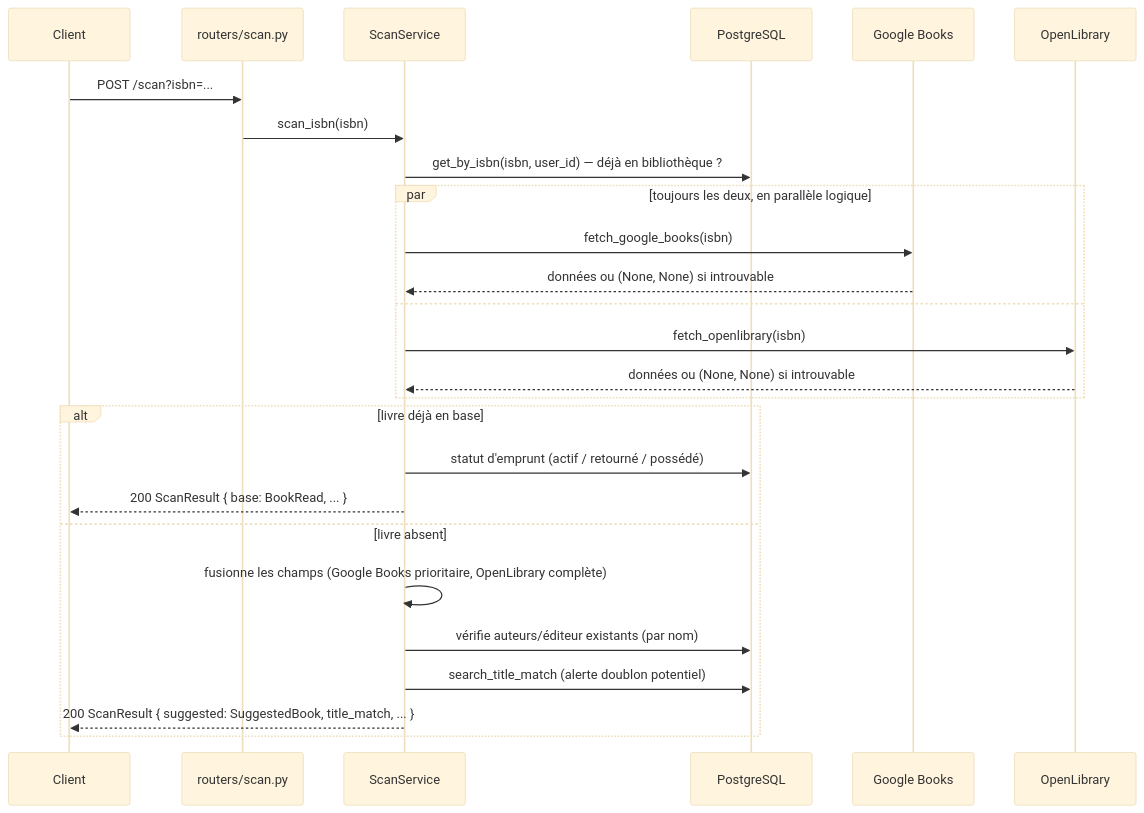
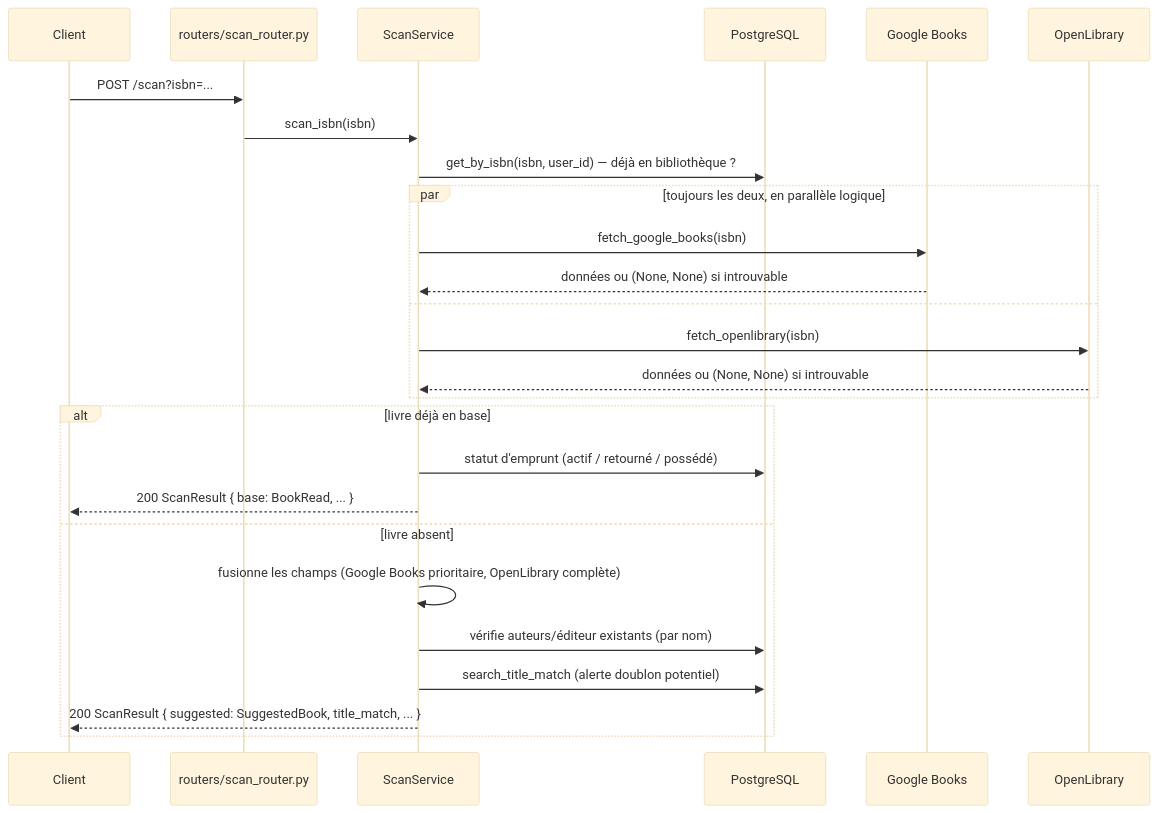
Before and after one commit to llCelmarll/Bibliotheque2: the fourth of 4 diagrams in docs/ARCHITECTURE.md, drawn with Mermaid (base theme). The commit also changed other lines of this file and 171 other files, not shown here.

First line of the commit message:
refactor(backend): suffixer les fichiers models/routers/schemas par couche

````diff
--- a/docs/ARCHITECTURE.md
+++ b/docs/ARCHITECTURE.md
@@ -132,31 +132,31 @@
 ```mermaid
 sequenceDiagram
     participant C as Client
-    participant R as routers/scan.py
+    participant R as routers/scan_router.py
     participant S as ScanService
     participant DB as PostgreSQL
     participant GB as Google Books
     participant OL as OpenLibrary
 
     C->>R: POST /scan?isbn=...
     R->>S: scan_isbn(isbn)
     S->>DB: get_by_isbn(isbn, user_id) — déjà en bibliothèque ?
 
     par toujours les deux, en parallèle logique
         S->>GB: fetch_google_books(isbn)
         GB-->>S: données ou (None, None) si introuvable
     and
         S->>OL: fetch_openlibrary(isbn)
         OL-->>S: données ou (None, None) si introuvable
     end
 
     alt livre déjà en base
         S->>DB: statut d'emprunt (actif / retourné / possédé)
         S-->>C: 200 ScanResult { base: BookRead, ... }
     else livre absent
         S->>S: fusionne les champs (Google Books prioritaire, OpenLibrary complète)
         S->>DB: vérifie auteurs/éditeur existants (par nom)
         S->>DB: search_title_match (alerte doublon potentiel)
         S-->>C: 200 ScanResult { suggested: SuggestedBook, title_match, ... }
     end
 ```
````
